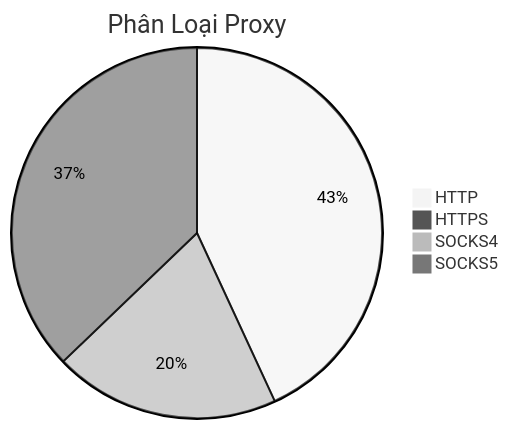
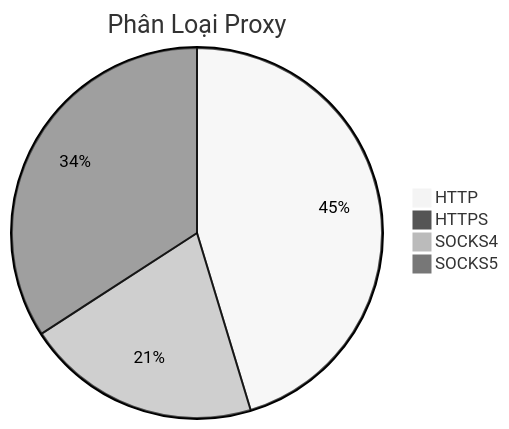
One commit to Ciara-12/PROXY-free changed the diagram in README.md. Above: the diagram before and after it, drawn with Mermaid (neutral theme). The commit also changed other lines of this file and 4 other files, not shown here.

````diff
--- a/README.md
+++ b/README.md
@@ -26,7 +26,7 @@
 ```mermaid
 pie title Phân Loại Proxy
-    "HTTP" : 938
-    "HTTPS" : 1
-    "SOCKS4" : 429
-    "SOCKS5" : 809
+    "HTTP" : 726
+    "HTTPS" : 0
+    "SOCKS4" : 329
+    "SOCKS5" : 547
 ```
````
